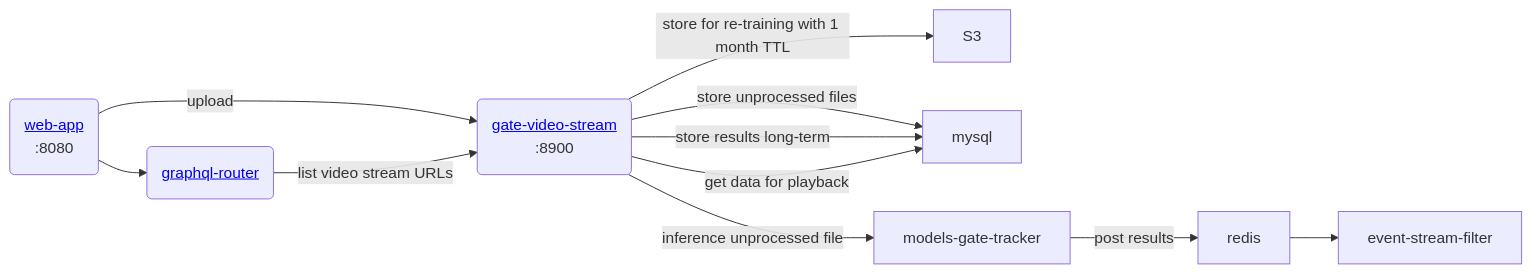
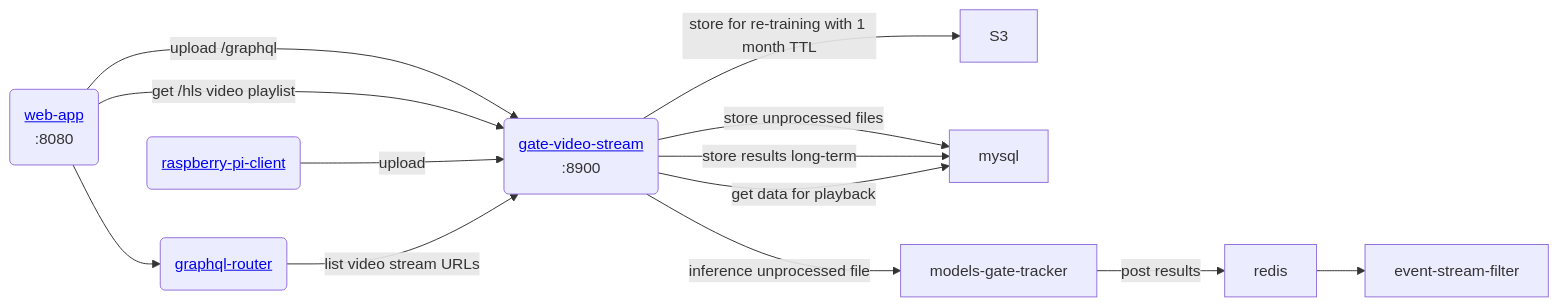
Before and after one commit to Gratheon/gate-video-stream: the diagram in README.md, drawn with Mermaid.

````diff
--- a/README.md
+++ b/README.md
@@ -14,11 +14,13 @@
 ```mermaid
 flowchart LR
-	web-app --"upload"--> gate-video-stream --"store for re-training with 1 month TTL"--> S3
+	web-app --"upload /graphql"--> gate-video-stream --"store for re-training with 1 month TTL"--> S3
+	web-app --"get /hls video playlist"--> gate-video-stream
+	raspberry-pi-client("<a href='https://github.com/Gratheon/raspberry-pi-client'>raspberry-pi-client</a>") --"upload"--> gate-video-stream
 	gate-video-stream --"store unprocessed files" --> mysql
  	gate-video-stream --"inference unprocessed file" --> models-gate-tracker -- "post results" --> redis --> event-stream-filter
 	gate-video-stream --"store results long-term" --> mysql
         
 
     web-app("<a href='https://github.com/Gratheon/web-app'>web-app</a>\n:8080") --> graphql-router("<a href='https://github.com/Gratheon/graphql-router'>graphql-router</a>") --"list video stream URLs"--> gate-video-stream("<a href='https://github.com/Gratheon/gate-video-stream'>gate-video-stream</a>\n:8900") -- "get data for playback" --> mysql
 
 ```
````
